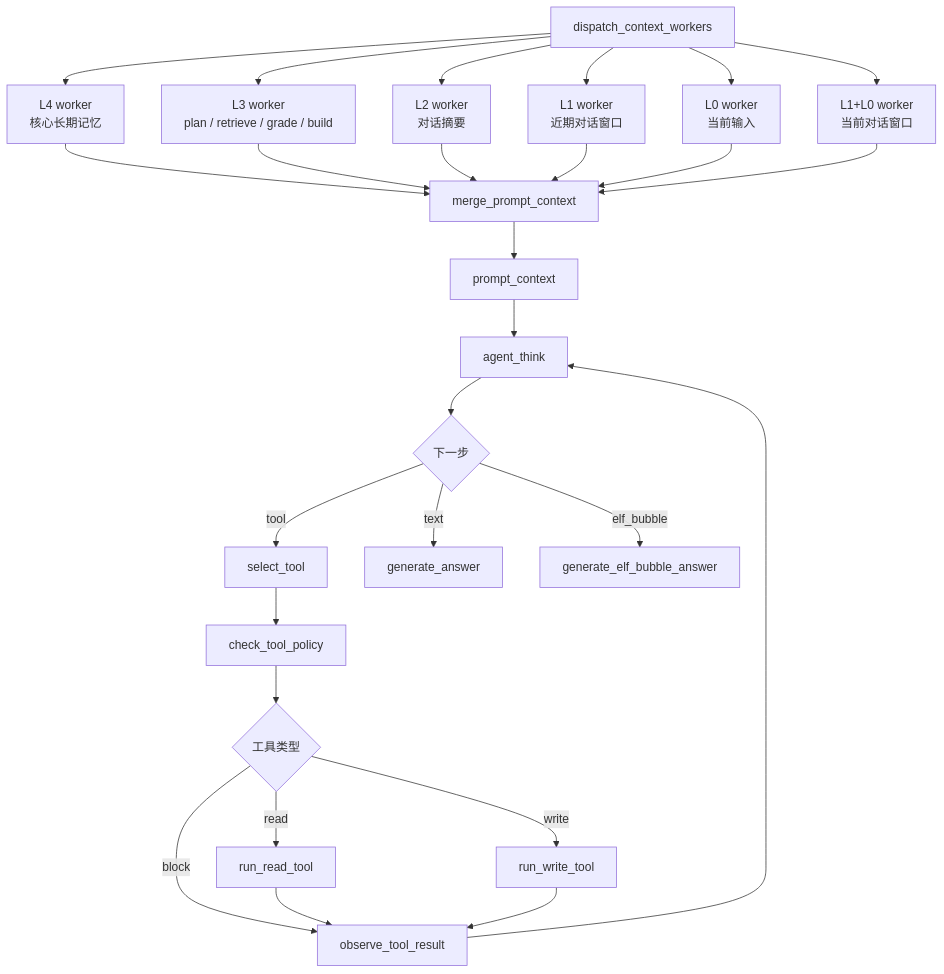
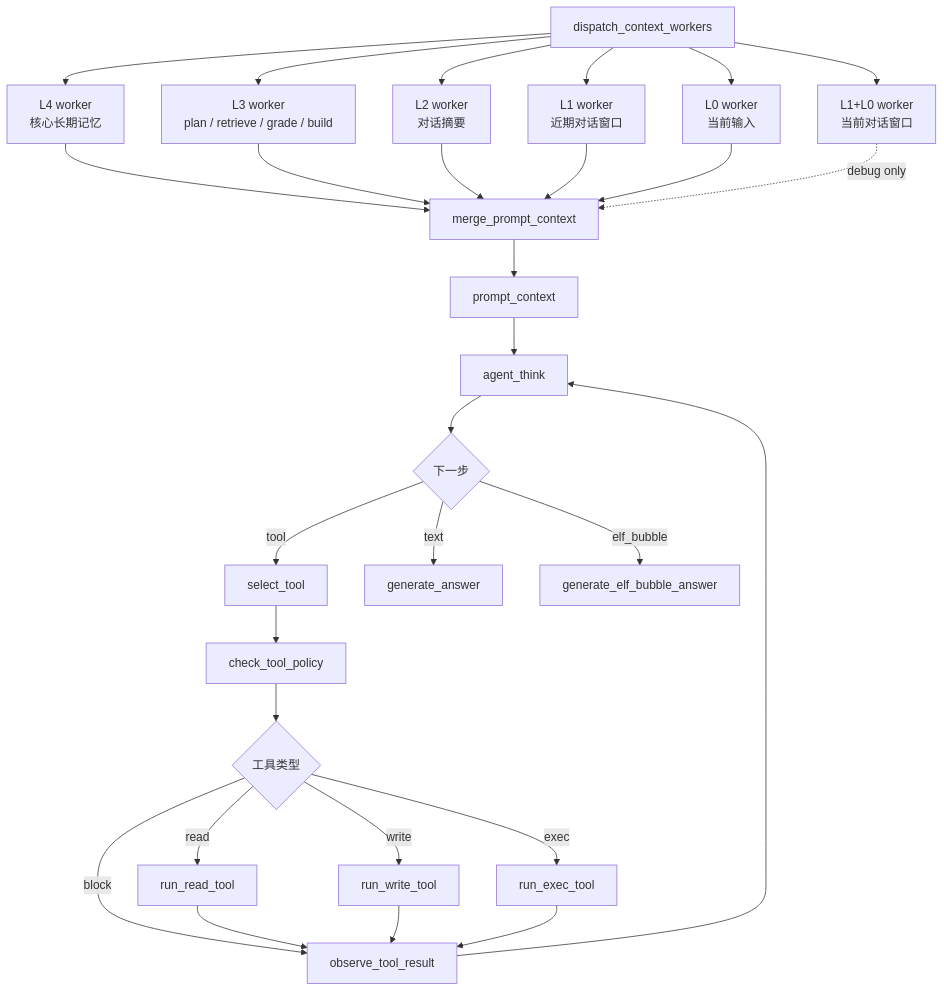
The second of 5 diagrams in docs/agent/memory-chat-graph.md (LiuJiaxuan1024/AiMemo), drawn with Mermaid before and after one commit. The commit also changed other lines of this file and 17 other files, not shown here.

Commit message:
add new tool: exec

````diff
--- a/docs/agent/memory-chat-graph.md
+++ b/docs/agent/memory-chat-graph.md
@@ -486,31 +487,33 @@
 ```mermaid
 flowchart TD
     Dispatch[dispatch_context_workers] --> L4[L4 worker<br/>核心长期记忆]
     Dispatch --> L3[L3 worker<br/>plan / retrieve / grade / build]
     Dispatch --> L2[L2 worker<br/>对话摘要]
     Dispatch --> L1[L1 worker<br/>近期对话窗口]
     Dispatch --> L0[L0 worker<br/>当前输入]
     Dispatch --> Window[L1+L0 worker<br/>当前对话窗口]
 
     L4 --> Merge[merge_prompt_context]
     L3 --> Merge
     L2 --> Merge
     L1 --> Merge
     L0 --> Merge
-    Window --> Merge
+    Window -. debug only .-> Merge
 
     Merge --> Prompt[prompt_context]
     Prompt --> AgentThink[agent_think]
     AgentThink --> Route{下一步}
     Route -->|tool| Select[select_tool]
     Select --> Policy[check_tool_policy]
     Policy --> ToolRoute{工具类型}
     ToolRoute -->|read| RunRead[run_read_tool]
     ToolRoute -->|write| RunWrite[run_write_tool]
+    ToolRoute -->|exec| RunExec[run_exec_tool]
     ToolRoute -->|block| Observe[observe_tool_result]
     RunRead --> Observe
     RunWrite --> Observe
+    RunExec --> Observe
     Observe --> AgentThink
     Route -->|text| Generate[generate_answer]
     Route -->|elf_bubble| BubbleGenerate[generate_elf_bubble_answer]
 ```
````
